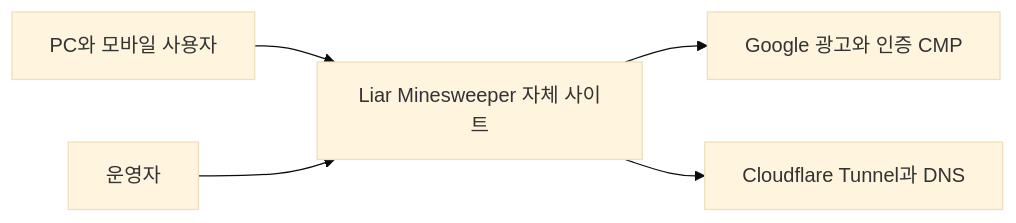
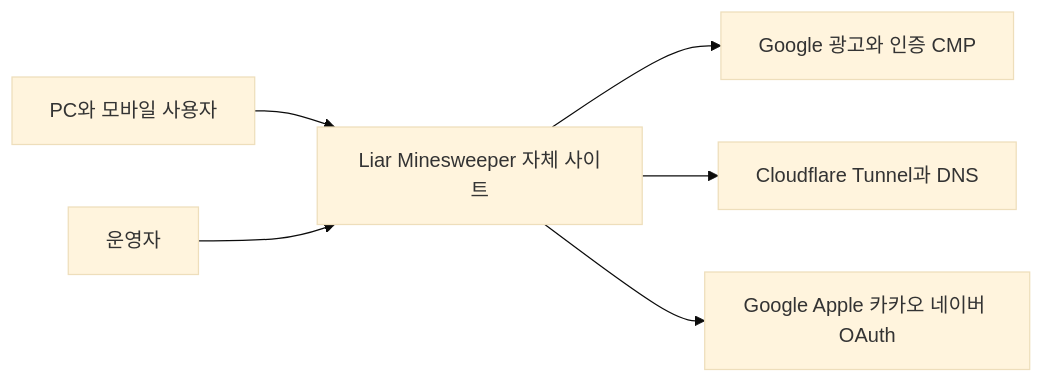
Before and after one commit to crystal23733/search-mine: the first of 3 diagrams in docs/design/01-architecture.md, drawn with Mermaid (base theme). The commit also changed other lines of this file and 20 other files, not shown here.

````diff
--- a/docs/design/01-architecture.md
+++ b/docs/design/01-architecture.md
@@ -7,7 +7,8 @@
 ```mermaid
 flowchart LR
   Player[PC와 모바일 사용자] --> Game[Liar Minesweeper 자체 사이트]
   Owner[운영자] --> Game
   Game --> Google[Google 광고와 인증 CMP]
   Game --> CF[Cloudflare Tunnel과 DNS]
+  Game --> OAuth[Google Apple 카카오 네이버 OAuth]
 ```
````
